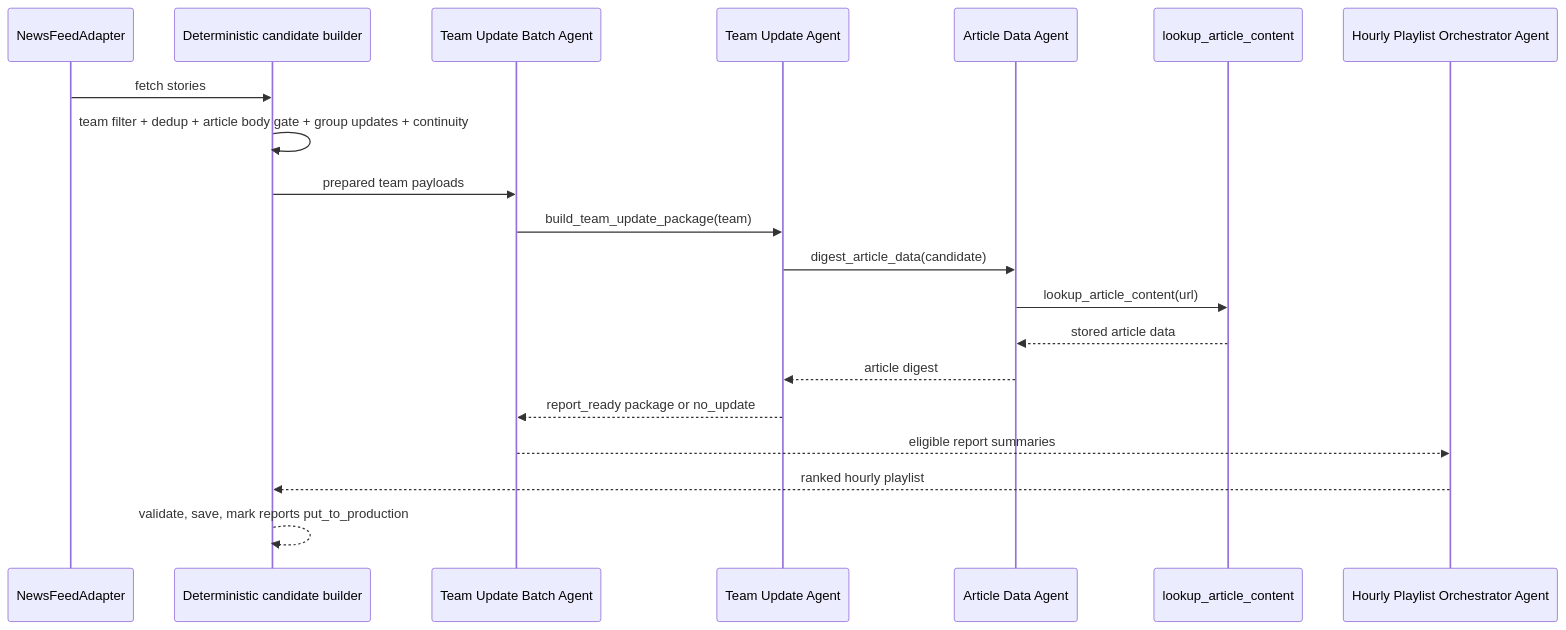
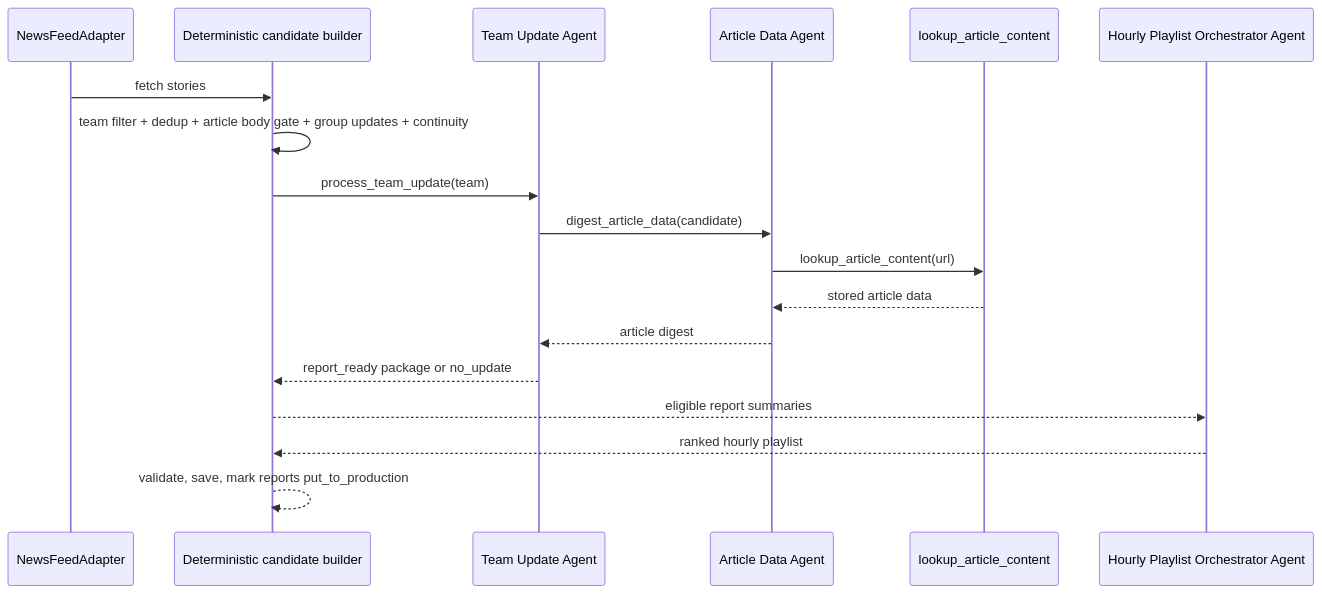
Before and after one commit to BigSlikTobi/t4L_agency: the fifth of 6 diagrams in agents_doc.md, drawn with Mermaid. The commit also changed other lines of this file and 7 other files, not shown here.

````diff
--- a/agents_doc.md
+++ b/agents_doc.md
@@ -485,23 +487,21 @@
 ```mermaid
 sequenceDiagram
     participant NF as NewsFeedAdapter
     participant DET as Deterministic candidate builder
-    participant TUB as Team Update Batch Agent
     participant TU as Team Update Agent
     participant AD as Article Data Agent
     participant LU as lookup_article_content
     participant HPO as Hourly Playlist Orchestrator Agent
 
     NF->>DET: fetch stories
     DET->>DET: team filter + dedup + article body gate + group updates + continuity
-    DET->>TUB: prepared team payloads
-    TUB->>TU: build_team_update_package(team)
+    DET->>TU: process_team_update(team)
     TU->>AD: digest_article_data(candidate)
     AD->>LU: lookup_article_content(url)
     LU-->>AD: stored article data
     AD-->>TU: article digest
-    TU-->>TUB: report_ready package or no_update
-    TUB-->>HPO: eligible report summaries
+    TU-->>DET: report_ready package or no_update
+    DET-->>HPO: eligible report summaries
     HPO-->>DET: ranked hourly playlist
     DET-->>DET: validate, save, mark reports put_to_production
 ```
````
